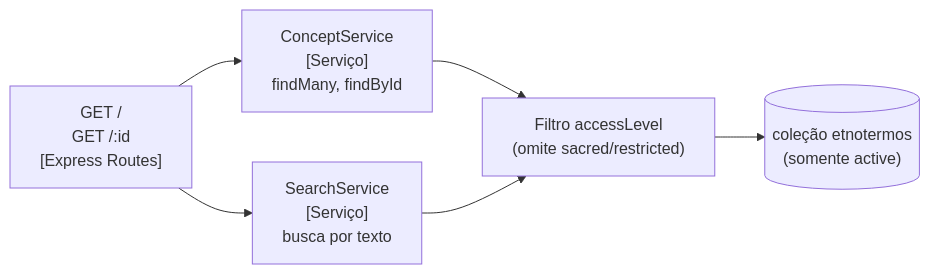
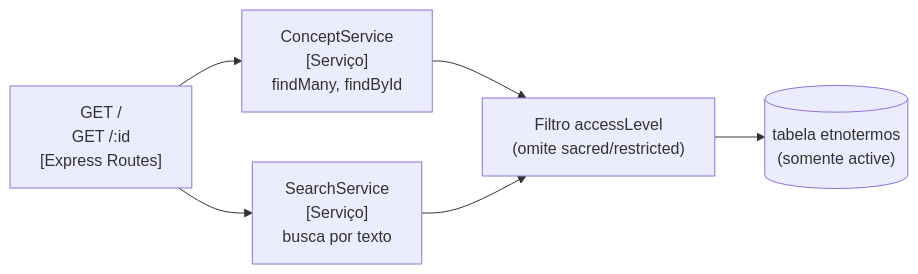
Before and after one commit to edalcin/etnotermos: the fourth of 6 diagrams in README.md, drawn with Mermaid. The commit also changed other lines of this file and 54 other files, not shown here.

````diff
--- a/README.md
+++ b/README.md
@@ -208,14 +208,14 @@
 ```mermaid
 graph LR
     REQ["GET /\nGET /:id\n[Express Routes]"]
     CS["ConceptService\n[Serviço]\nfindMany, findById"]
     SS["SearchService\n[Serviço]\nbusca por texto"]
-    COL[("coleção etnotermos\n(somente active)")]
+    COL[("tabela etnotermos\n(somente active)")]
     FILTER["Filtro accessLevel\n(omite sacred/restricted)"]
 
     REQ --> CS
     REQ --> SS
     CS --> FILTER
     SS --> FILTER
     FILTER --> COL
 ```
````
